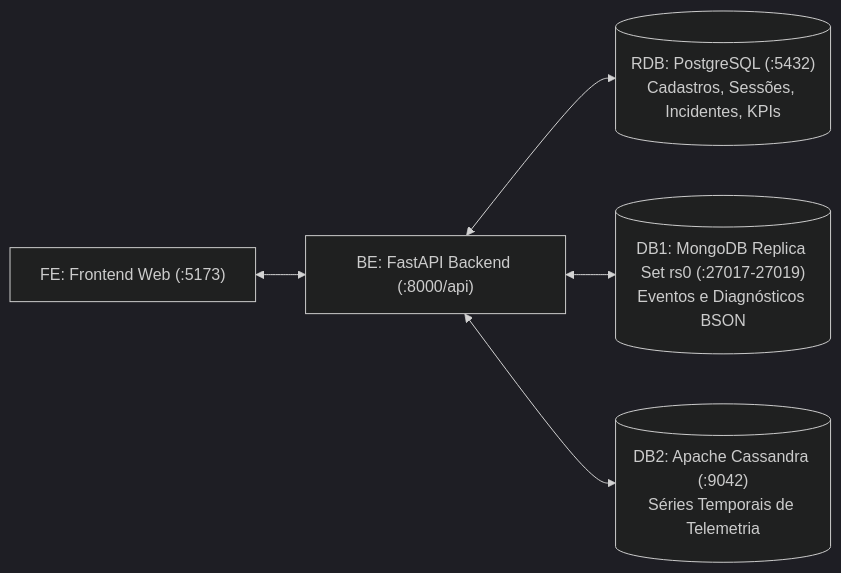
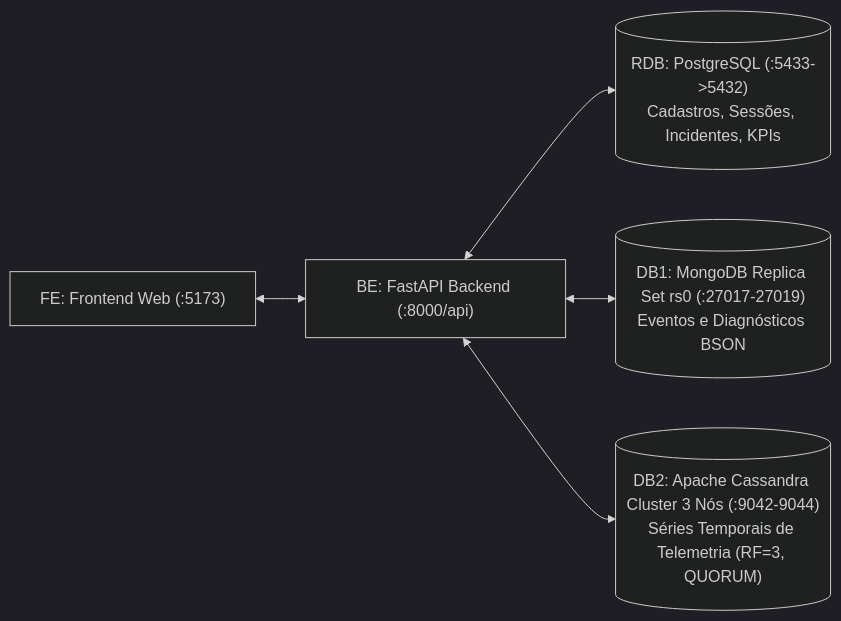
The diagram in README.md (GuilhermeXavier2005/LanHouse), drawn with Mermaid (dark theme) before and after one commit. The commit also changed other lines of this file and 8 other files, not shown here.

First line of the commit message:
feat(cassandra): implementa cluster de 3 nos (RF=3, QUORUM) e persistencia de telemetria

````diff
--- a/README.md
+++ b/README.md
@@ -295,7 +295,7 @@
 ```mermaid
 graph LR
     FE["FE: Frontend Web (:5173)"] <--> BE["BE: FastAPI Backend (:8000/api)"]
-    BE <--> RDB[("RDB: PostgreSQL (:5432)<br/>Cadastros, Sessões, Incidentes, KPIs")]
+    BE <--> RDB[("RDB: PostgreSQL (:5433->5432)<br/>Cadastros, Sessões, Incidentes, KPIs")]
     BE <--> DB1[("DB1: MongoDB Replica Set rs0 (:27017-27019)<br/>Eventos e Diagnósticos BSON")]
-    BE <--> DB2[("DB2: Apache Cassandra (:9042)<br/>Séries Temporais de Telemetria")]
+    BE <--> DB2[("DB2: Apache Cassandra Cluster 3 Nós (:9042-9044)<br/>Séries Temporais de Telemetria (RF=3, QUORUM)")]
 ```
````
